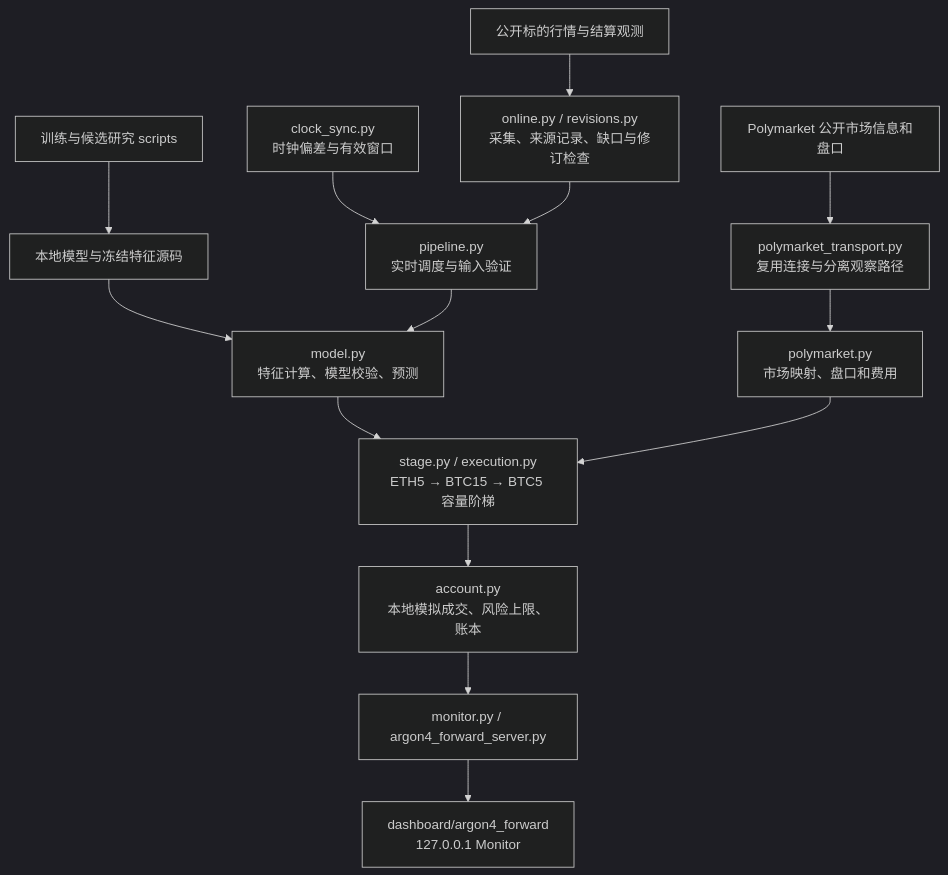
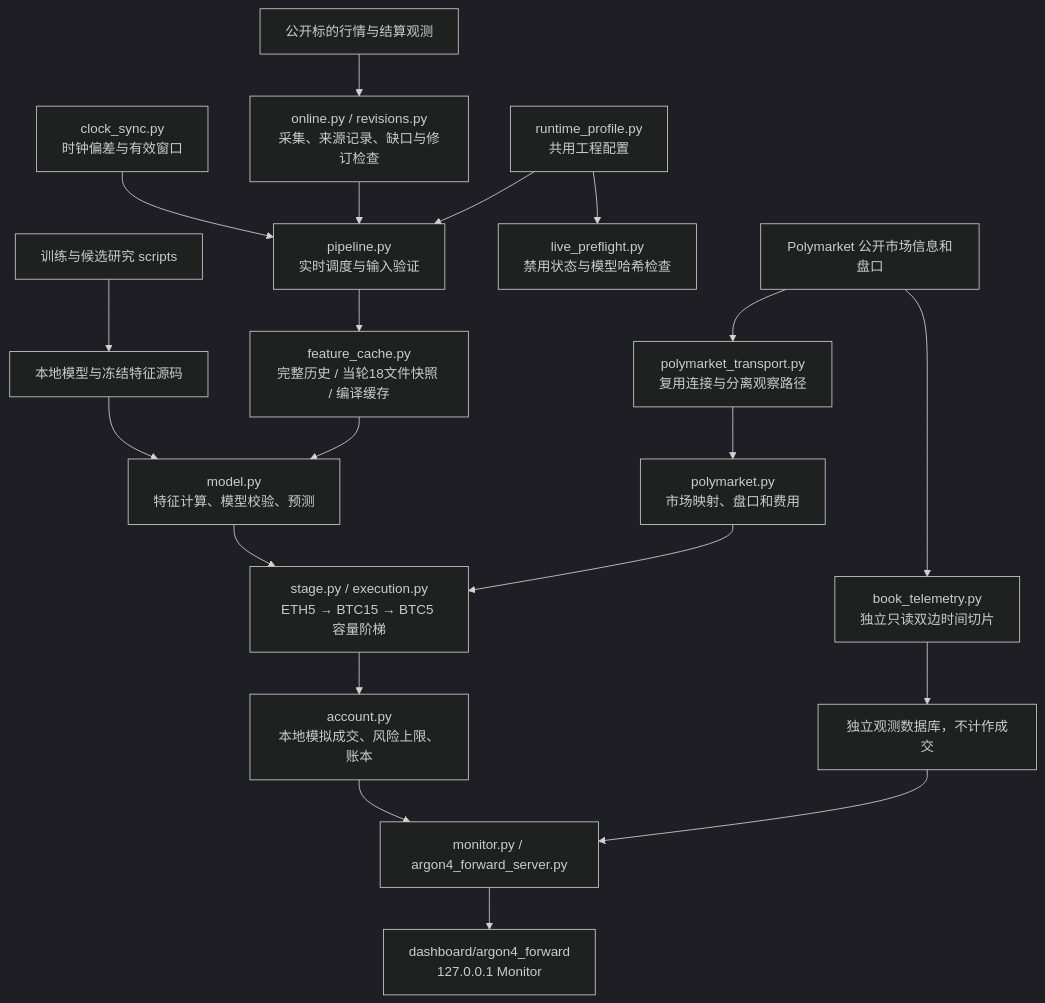
The diagram in docs/ARCHITECTURE.md (liuqi6776/cropto-pre-system), drawn with Mermaid (dark theme) before and after one commit. The commit also changed other lines of this file and 32 other files, not shown here.

````diff
--- a/docs/ARCHITECTURE.md
+++ b/docs/ARCHITECTURE.md
@@ -3,16 +3,22 @@
 ```mermaid
 flowchart TD
     B[公开标的行情与结算观测] --> O["online.py / revisions.py<br/>采集、来源记录、缺口与修订检查"]
     P[Polymarket 公开市场信息和盘口] --> T["polymarket_transport.py<br/>复用连接与分离观察路径"]
     T --> PM["polymarket.py<br/>市场映射、盘口和费用"]
     C["clock_sync.py<br/>时钟偏差与有效窗口"] --> PL["pipeline.py<br/>实时调度与输入验证"]
     O --> PL
     M[本地模型与冻结特征源码] --> MOD["model.py<br/>特征计算、模型校验、预测"]
-    PL --> MOD
+    PL --> FC["feature_cache.py<br/>完整历史 / 当轮18文件快照 / 编译缓存"]
+    FC --> MOD
     MOD --> S["stage.py / execution.py<br/>ETH5 → BTC15 → BTC5 容量阶梯"]
     PM --> S
     S --> A["account.py<br/>本地模拟成交、风险上限、账本"]
     A --> MON["monitor.py / argon4_forward_server.py"]
     MON --> UI["dashboard/argon4_forward<br/>127.0.0.1 Monitor"]
+    P --> BT["book_telemetry.py<br/>独立只读双边时间切片"]
+    BT --> BD[独立观测数据库，不计作成交]
+    BD --> MON
+    RP["runtime_profile.py<br/>共用工程配置"] --> PL
+    RP --> LP["live_preflight.py<br/>禁用状态与模型哈希检查"]
     R[训练与候选研究 scripts] --> M
 ```
````
